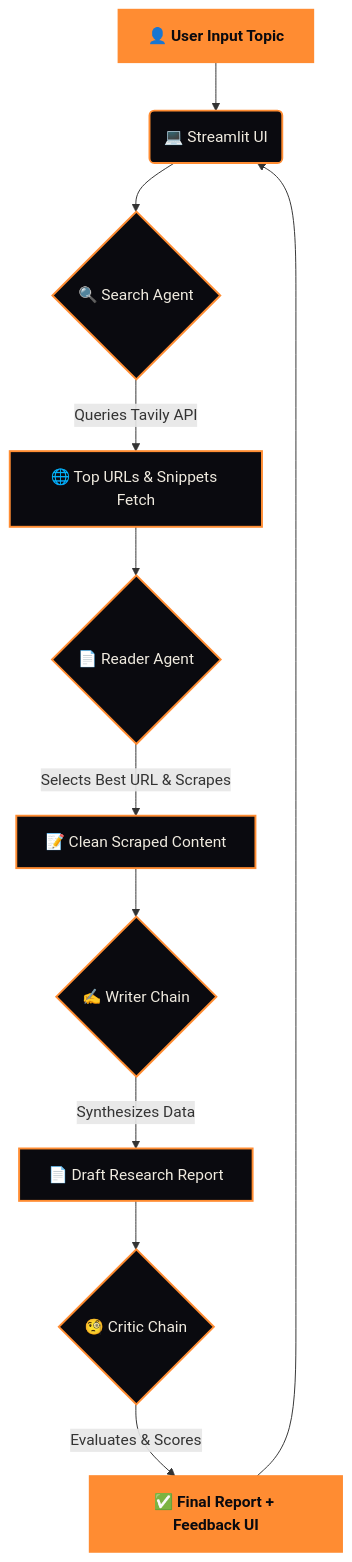
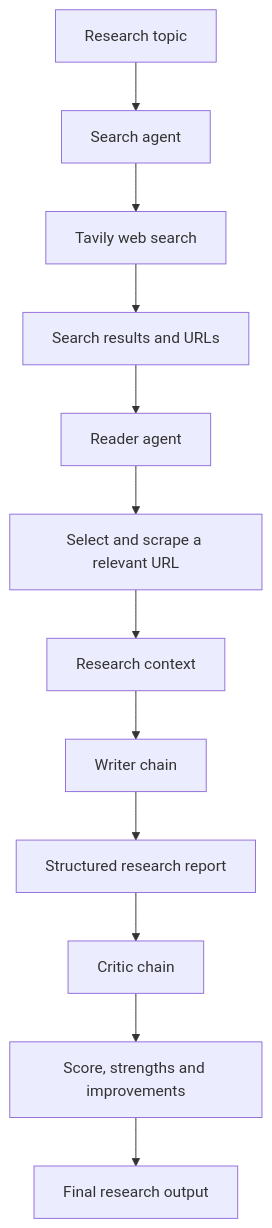
Before and after one commit to udayrastogi0531/Multi-Agent-Research-System: the diagram in README.md, drawn with Mermaid. The commit also changed other lines of this file, not shown here.

Commit message:
Upgrade README with architecture, setup and engineering details

````diff
--- a/README.md
+++ b/README.md
@@ -21,16 +27,14 @@
 ```mermaid
-graph TD
-    classDef default fill:#0a0a0f,stroke:#ff8c32,stroke-width:2px,color:#f0ebe0;
-    classDef highlight fill:#ff8c32,stroke:#ff8c32,stroke-width:2px,color:#0a0a0f,font-weight:bold;
-    
-    A[👤 User Input Topic]:::highlight --> B(💻 Streamlit UI)
-    B --> C{🔍 Search Agent}
-    C -->|Queries Tavily API| D[🌐 Top URLs & Snippets Fetch]
-    D --> E{📄 Reader Agent}
-    E -->|Selects Best URL & Scrapes| F[📝 Clean Scraped Content]
-    F --> G{✍️ Writer Chain}
-    G -->|Synthesizes Data| H[📄 Draft Research Report]
-    H --> I{🧐 Critic Chain}
-    I -->|Evaluates & Scores| J[✅ Final Report + Feedback UI]:::highlight
-    J --> B
+flowchart TD
+    A[Research topic] --> B[Search agent]
+    B --> C[Tavily web search]
+    C --> D[Search results and URLs]
+    D --> E[Reader agent]
+    E --> F[Select and scrape a relevant URL]
+    F --> G[Research context]
+    G --> H[Writer chain]
+    H --> I[Structured research report]
+    I --> J[Critic chain]
+    J --> K[Score, strengths and improvements]
+    K --> L[Final research output]
 ```
````
